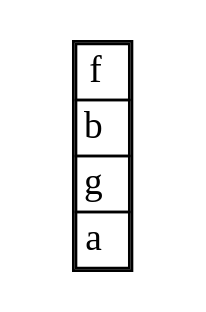
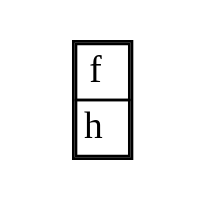
Before and after one commit to oscarc99/EDD_DIC_2019_PY2_201709140-: the diagram in build/classes/Imagenes/f0.dot, drawn with Graphviz. The commit also changed 183 other files, not shown here.

```diff
--- a/build/classes/Imagenes/f0.dot
+++ b/build/classes/Imagenes/f0.dot
@@ -1,12 +1,8 @@
 digraph G { 
   node [shape = name]; 
   2[label=  <<table border= "1 " cellspacing= " 0 "><tr> 
 <td> f</td> </tr> 
 <tr> 
-<td> b</td> </tr> 
-<tr> 
-<td> g</td> </tr> 
-<tr> 
-<td> a</td> </tr> 
+<td> h</td> </tr> 
 </table>>  shape = none ]; 
  }
```
